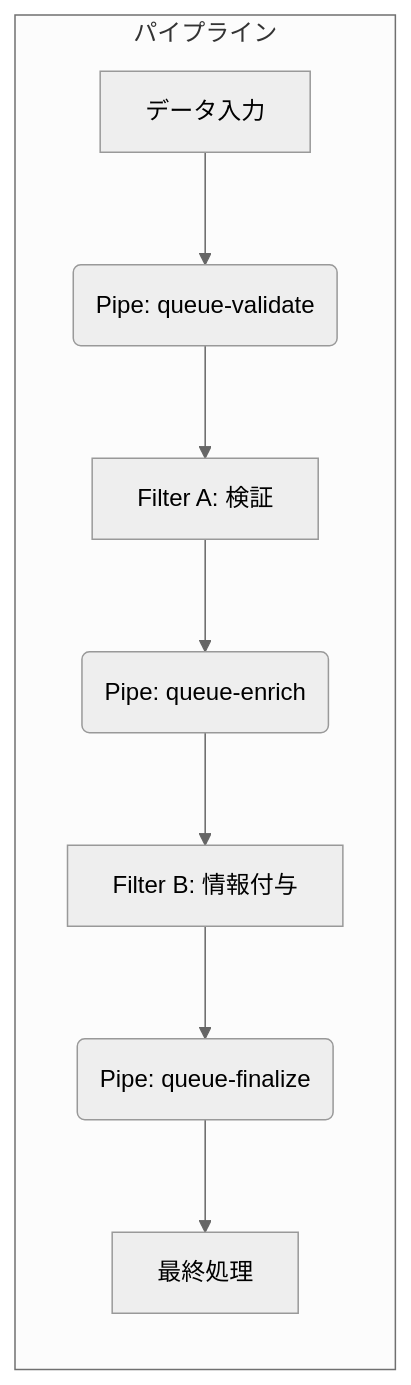
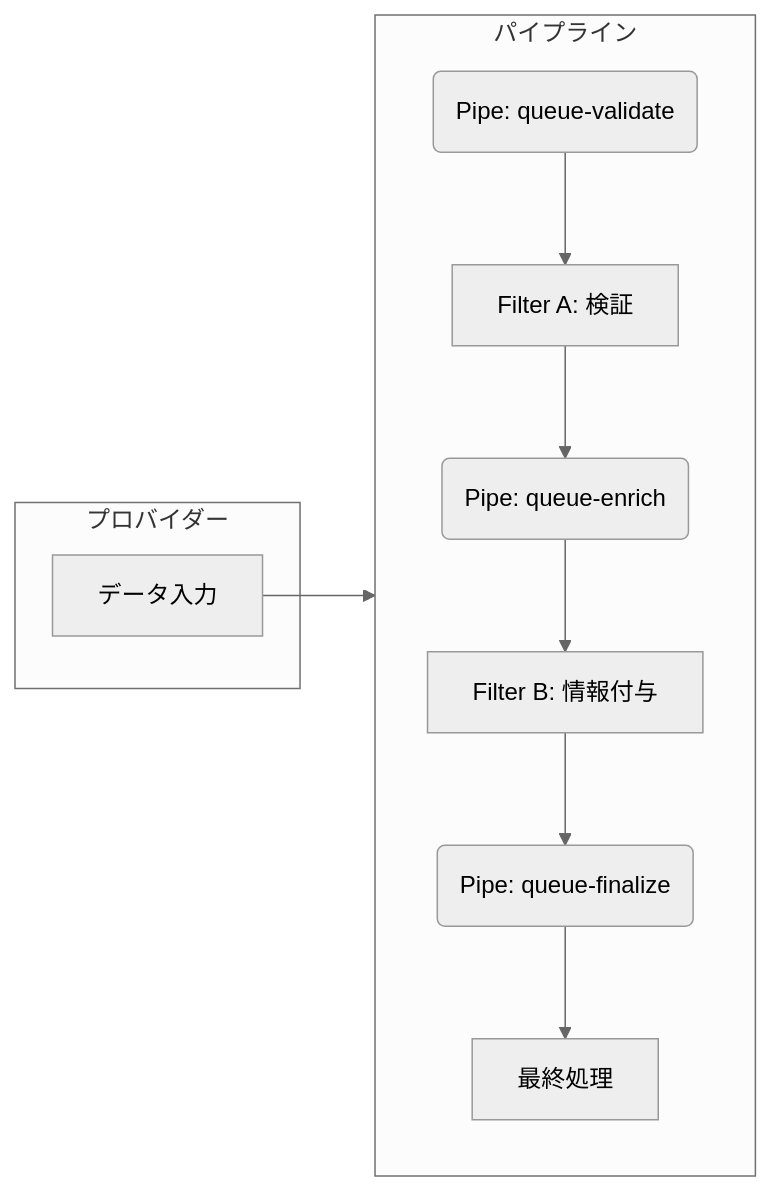
One commit to y-omasa-kbc/doc-manuals-tutorials changed the first of 2 diagrams in azure/queue-storage/queue-pattern-azure-storage-2.md. Above: the diagram before and after it, drawn with Mermaid (neutral theme). The commit also changed other lines of this file and 1 other file, not shown here.

````diff
--- a/azure/queue-storage/queue-pattern-azure-storage-2.md
+++ b/azure/queue-storage/queue-pattern-azure-storage-2.md
@@ -77,12 +77,15 @@
 ```mermaid
-graph TD  
-    subgraph "パイプライン"  
+graph LR  
+    subgraph "プロバイダー"
+        Input[データ入力]
+    end
+    subgraph "パイプライン"
         direction TB  
-        Input[データ入力] --> Q1(Pipe: queue-validate)  
+        Input --> Q1(Pipe: queue-validate)  
         Q1 --> F1[Filter A: 検証]  
         F1 --> Q2(Pipe: queue-enrich)  
         Q2 --> F2[Filter B: 情報付与]  
         F2 --> Q3(Pipe: queue-finalize)  
         Q3 --> Output[最終処理]  
     end
 ```
````
